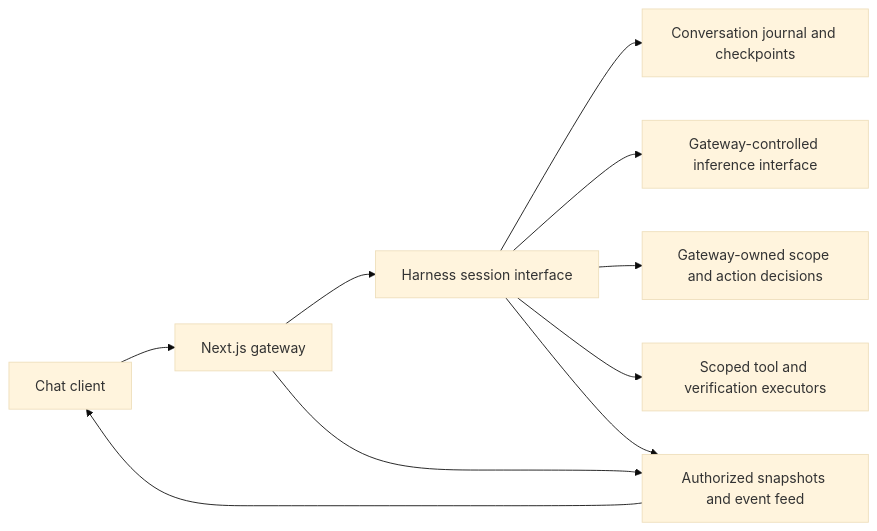
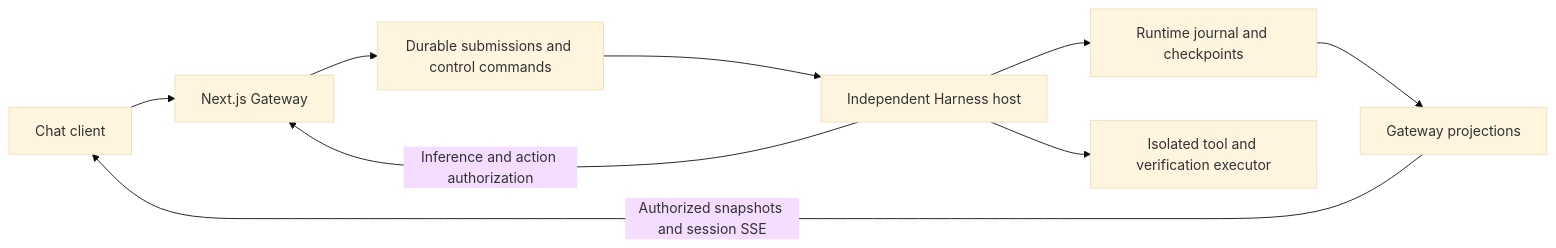
One commit to Bhargavreddy098/Kantha-agent changed the diagram in architecture.md. Above: the diagram before and after it, drawn with Mermaid (base theme). The commit also changed other lines of this file and 27 other files, not shown here.

````diff
--- a/architecture.md
+++ b/architecture.md
@@ -16,12 +16,11 @@
 ```mermaid
 flowchart LR
-    Client[Chat client] --> Gateway[Next.js gateway]
-    Gateway --> Harness[Harness session interface]
-    Harness --> Journal[Conversation journal and checkpoints]
-    Harness --> Inference[Gateway-controlled inference interface]
-    Harness --> Policy[Gateway-owned scope and action decisions]
-    Harness --> Executor[Scoped tool and verification executors]
-    Gateway --> Projection[Authorized snapshots and event feed]
-    Harness --> Projection
-    Projection --> Client
+    Client[Chat client] --> Gateway[Next.js Gateway]
+    Gateway --> Inbox[Durable submissions and control commands]
+    Inbox --> Host[Independent Harness host]
+    Host --> Journal[Runtime journal and checkpoints]
+    Host -->|Inference and action authorization| Gateway
+    Host --> Executor[Isolated tool and verification executor]
+    Journal --> Projection[Gateway projections]
+    Projection -->|Authorized snapshots and session SSE| Client
 ```
````
